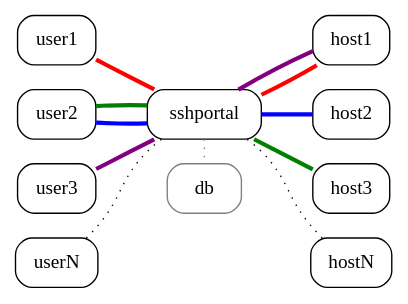
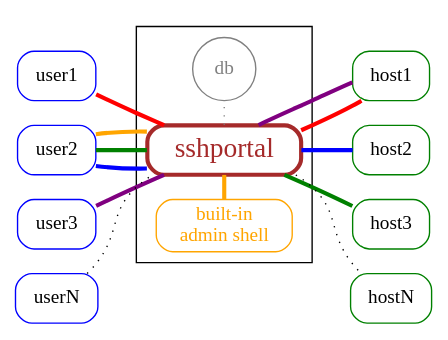
Before and after one commit to moul/sshportal: the diagram in .assets/overview.dot, drawn with Graphviz. The commit also changed 2 other files, not shown here.

Commit message:
Update graphs

```diff
--- a/.assets/overview.dot
+++ b/.assets/overview.dot
@@ -1,16 +1,36 @@
 graph {
   rankdir=LR;
   node[shape=box,style=rounded,style=rounded,fillcolor=gray];
 
-  db[color=gray];
 
-  user1 -- sshportal -- host1[color=red,penwidth=3.0];
-  user2 -- sshportal -- host2[color=blue,penwidth=3.0];
-  user3 -- sshportal -- host1[color=purple,penwidth=3.0];
-  user2 -- sshportal -- host3[color=green,penwidth=3.0];
+  subgraph cluster_sshportal {
+      sshportal[penwidth=3.0,color=brown,fontcolor=brown,fontsize=20];
+      shell[label="built-in\nadmin shell",color=orange,fontcolor=orange];
+      db[color=gray,fontcolor=gray,shape=circle];
+      { rank=same; db; sshportal; shell }
+  }
+
+  {
+      node[color="green"];
+      host1; host2; host3; hostN;
+  }
+
+  {
+      node[color="blue"];
+      user1; user2; user3; userN;
+  }
+
+  {
+      edge[penwidth=3.0];
+      user1 -- sshportal -- host1[color=red];
+      user2 -- sshportal -- host2[color=blue];
+      user3 -- sshportal -- host1[color=purple];
+      user2 -- sshportal -- host3[color=green];
+      user2 -- sshportal -- shell[color=orange,constraint=false];
+  }
+
   userN -- sshportal[style=dotted];
   sshportal -- hostN[style=dotted];
   sshportal -- db[style=dotted,color=grey];
 
-  { rank=same; sshportal; db; }
 }
```
